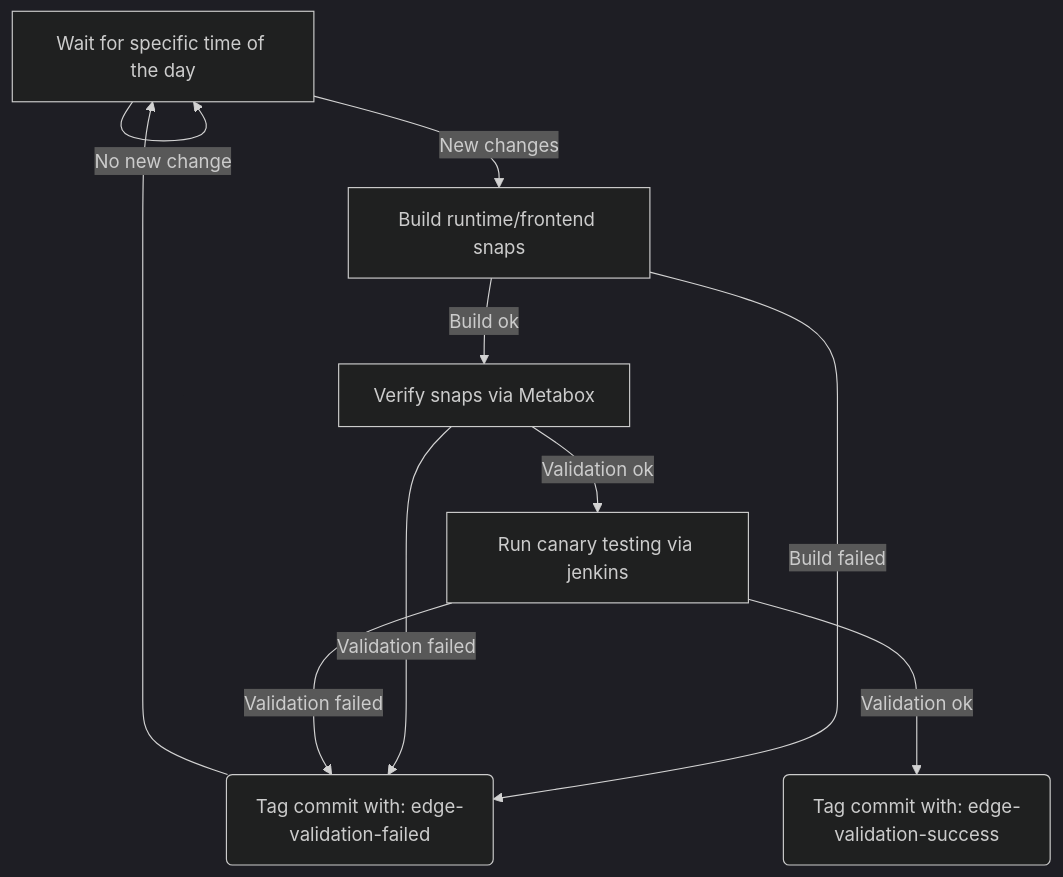
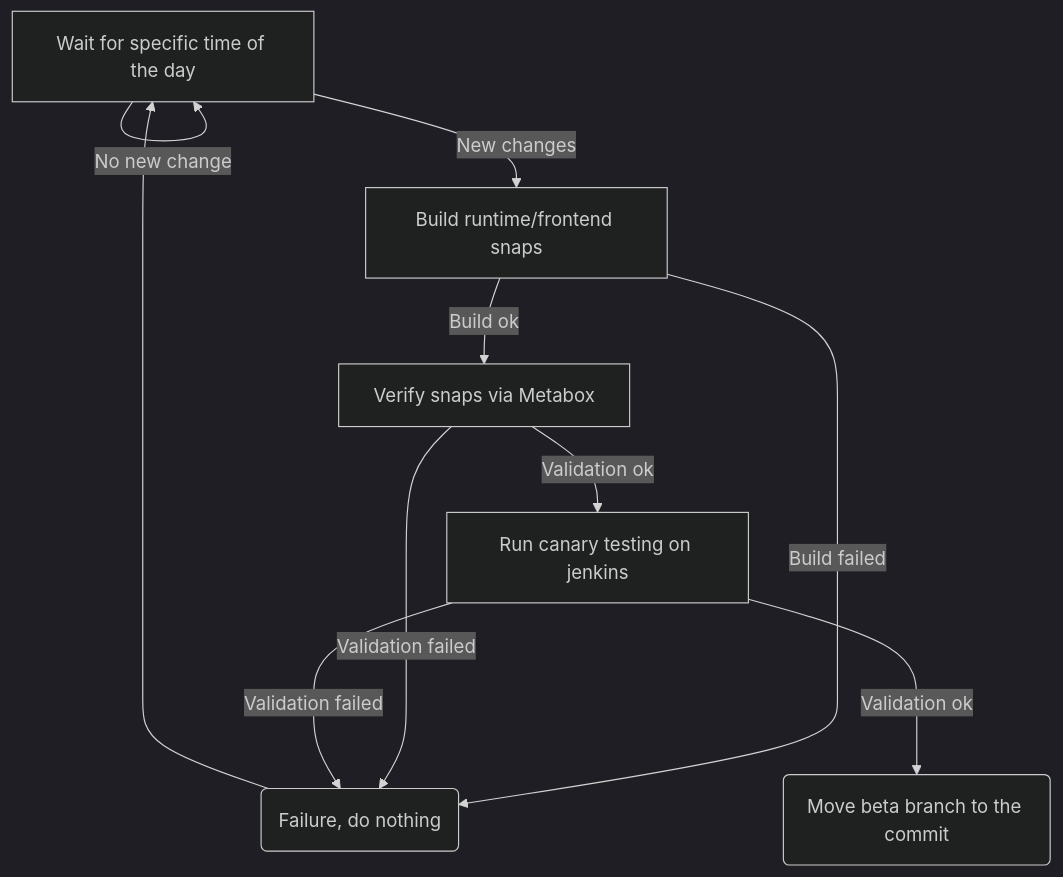
One commit to canonical/checkbox changed the diagram in tools/release/README.md. Above: the diagram before and after it, drawn with Mermaid (dark theme). The commit also changed other lines of this file, not shown here.

````diff
--- a/tools/release/README.md
+++ b/tools/release/README.md
@@ -19,13 +18,13 @@
 ```mermaid
 flowchart TD
     A[Wait for specific time of the day] --New changes--> D
     D[Build runtime/frontend snaps]
     A --No new change--> A
-    D --Build failed--> E(Tag commit with: edge-validation-failed)
+    D --Build failed--> E(Failure, do nothing)
     E --> A
     D --Build ok--> F[Verify snaps via Metabox]
-    F --Validation ok--> G[Run canary testing via jenkins]
+    F --Validation ok--> G[Run canary testing on jenkins]
     F --Validation failed --->E
     G --Validation failed --->E
-    G --Validation ok--->H(Tag commit with: edge-validation-success)
+    G --Validation ok--->H(Move beta branch to the commit)
 ```
````
